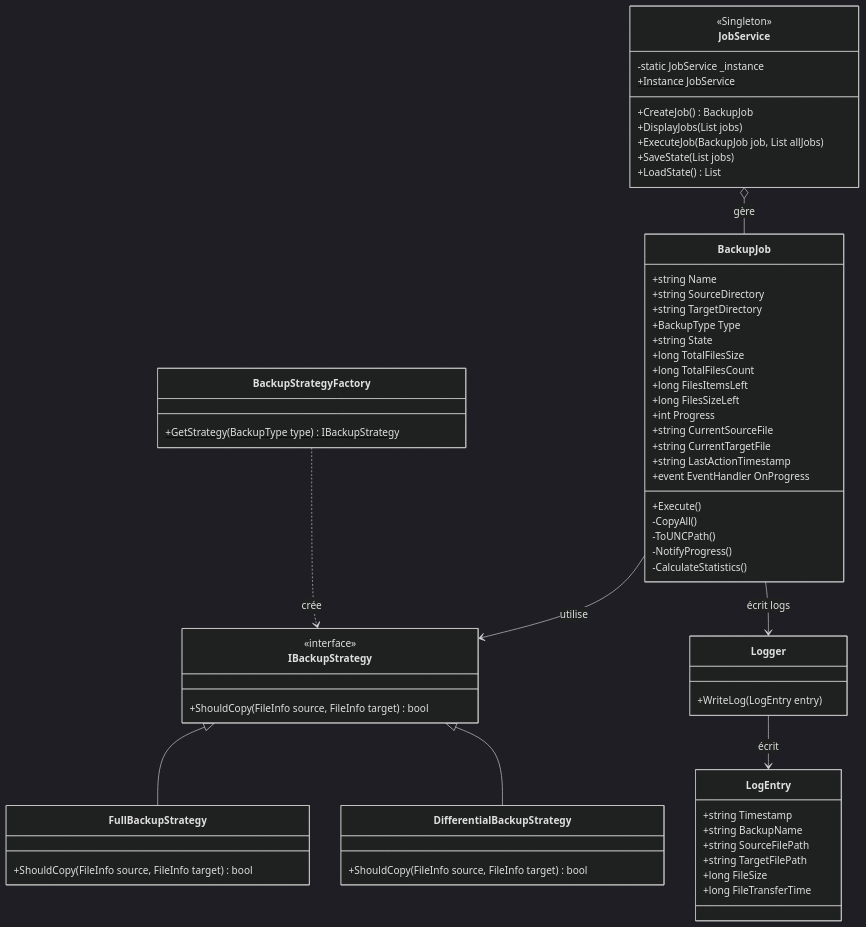
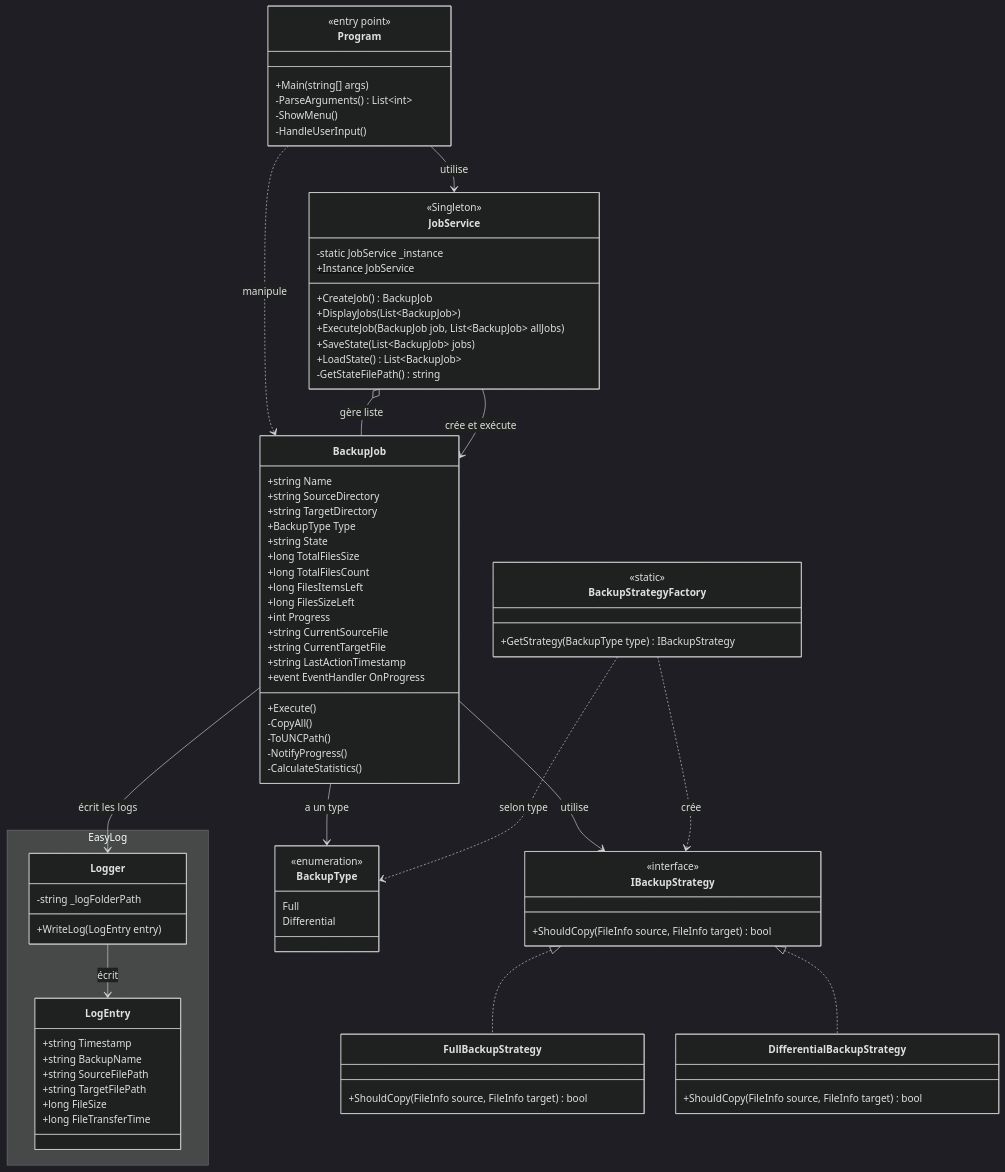
One commit to Lucacist/EasySave_test changed the first of 3 diagrams in README.md. Above: the diagram before and after it, drawn with Mermaid (dark theme). The commit also changed other lines of this file, not shown here.

Commit message:
mise a jour diagramme uml

````diff
--- a/README.md
+++ b/README.md
@@ -78,5 +80,15 @@
 ```mermaid
 classDiagram
+    %% ========== POINT D'ENTRÉE ==========
+    class Program {
+        <<entry point>>
+        +Main(string[] args)
+        -ParseArguments() List~int~
+        -ShowMenu()
+        -HandleUserInput()
+    }
+
+    %% ========== MODÈLES ==========
     class BackupJob {
         +string Name
         +string SourceDirectory
@@ -99,6 +111,13 @@
         -CalculateStatistics()
     }
 
+    class BackupType {
+        <<enumeration>>
+        Full
+        Differential
+    }
+
+    %% ========== STRATEGIES (Pattern Strategy) ==========
     class IBackupStrategy {
         <<interface>>
         +ShouldCopy(FileInfo source, FileInfo target) bool
@@ -113,38 +132,55 @@
     }
 
     class BackupStrategyFactory {
-        +GetStrategy(BackupType type) IBackupStrategy$
+        <<static>>
+        +GetStrategy(BackupType type) IBackupStrategy
     }
 
+    %% ========== SERVICE (Singleton) ==========
     class JobService {
         <<Singleton>>
         -static JobService _instance
         +Instance JobService$
         +CreateJob() BackupJob
-        +DisplayJobs(List jobs)
-        +ExecuteJob(BackupJob job, List allJobs)
-        +SaveState(List jobs)
-        +LoadState() List
+        +DisplayJobs(List~BackupJob~)
+        +ExecuteJob(BackupJob job, List~BackupJob~ allJobs)
+        +SaveState(List~BackupJob~ jobs)
+        +LoadState() List~BackupJob~
+        -GetStateFilePath() string
     }
 
-    class Logger {
-        +WriteLog(LogEntry entry)
+    %% ========== DLL EXTERNE : EasyLog ==========
+    namespace EasyLog {
+        class Logger {
+            -string _logFolderPath
+            +WriteLog(LogEntry entry)
+        }
+
+        class LogEntry {
+            +string Timestamp
+            +string BackupName
+            +string SourceFilePath
+            +string TargetFilePath
+            +long FileSize
+            +long FileTransferTime
+        }
     }
 
-    class LogEntry {
-        +string Timestamp
-        +string BackupName
-        +string SourceFilePath
-        +string TargetFilePath
-        +long FileSize
-        +long FileTransferTime
-    }
-
+    %% ========== RELATIONS ==========
+    Program --> JobService : utilise
+    Program ..> BackupJob : manipule
+    
+    JobService o-- BackupJob : gère liste
+    JobService --> BackupJob : crée et exécute
+    
     BackupJob --> IBackupStrategy : utilise
-    IBackupStrategy <|-- FullBackupStrategy
-    IBackupStrategy <|-- DifferentialBackupStrategy
+    BackupJob --> BackupType : a un type
+    BackupJob --> Logger : écrit les logs
+    
+    IBackupStrategy <|.. FullBackupStrategy
+    IBackupStrategy <|.. DifferentialBackupStrategy
     BackupStrategyFactory ..> IBackupStrategy : crée
-    JobService o-- BackupJob : gère
-    BackupJob --> Logger : écrit logs
+    BackupStrategyFactory ..> BackupType : selon type
+    
     Logger --> LogEntry : écrit
 ```
````
